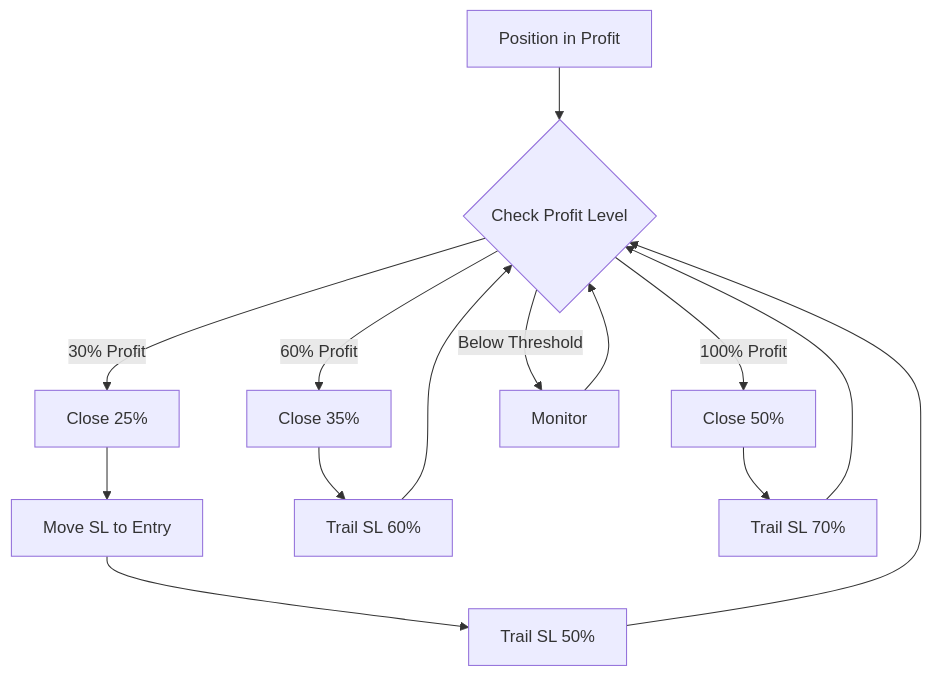
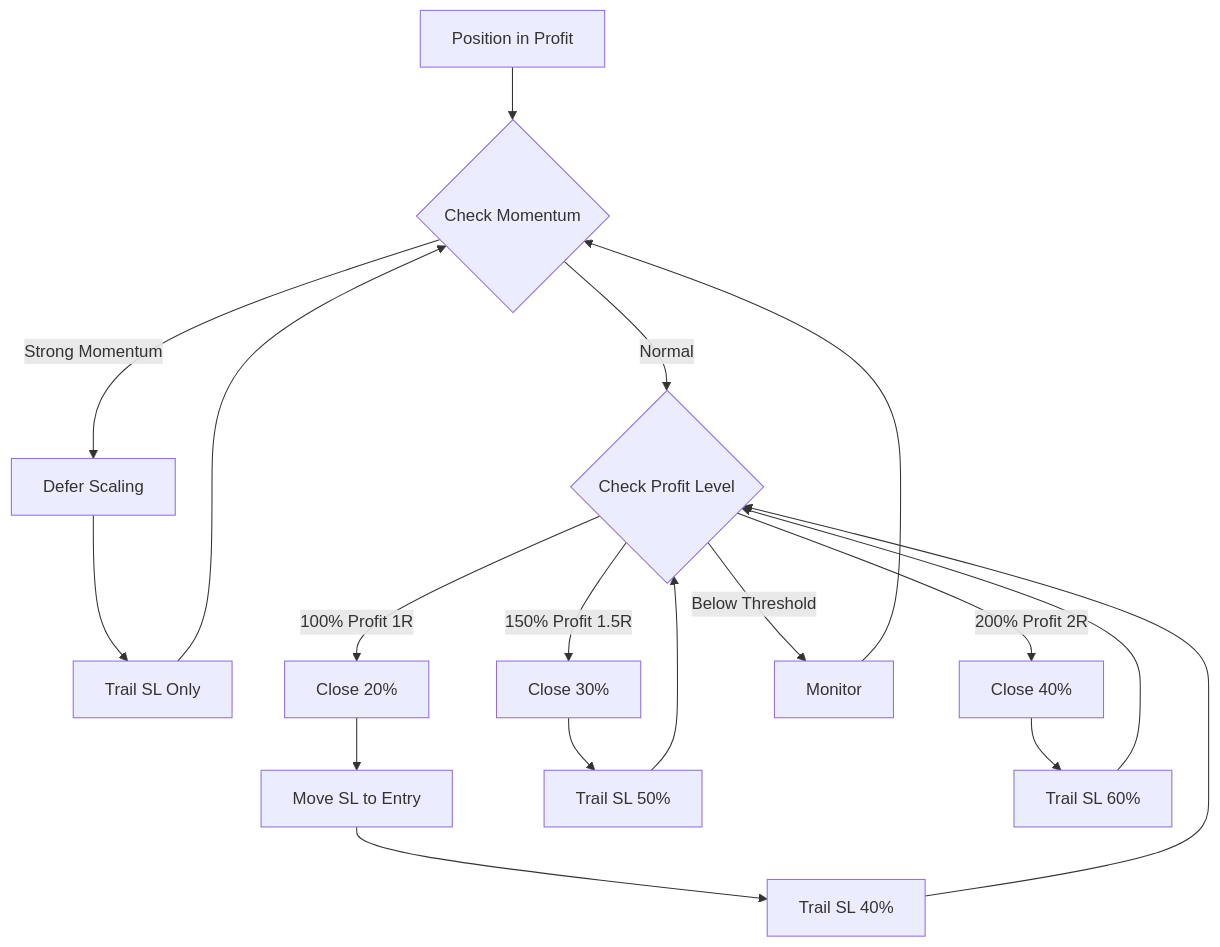
One commit to amuzetnoM/cthulu changed the second of 3 diagrams in docs/08_POSITION_MANAGEMENT.md. Above: the diagram before and after it, drawn with Mermaid. The commit also changed other lines of this file and 10 other files, not shown here.

````diff
--- a/docs/08_POSITION_MANAGEMENT.md
+++ b/docs/08_POSITION_MANAGEMENT.md
@@ -147,16 +148,20 @@
 ```mermaid
 flowchart TD
-    A[Position in Profit] --> B{Check Profit Level}
-    B -->|30% Profit| C[Close 25%]
-    C --> D[Move SL to Entry]
-    D --> E[Trail SL 50%]
-    E --> B
-    B -->|60% Profit| F[Close 35%]
-    F --> G[Trail SL 60%]
-    G --> B
-    B -->|100% Profit| H[Close 50%]
-    H --> I[Trail SL 70%]
-    I --> B
-    B -->|Below Threshold| J[Monitor]
-    J --> B
+    A[Position in Profit] --> B{Check Momentum}
+    B -->|Strong Momentum| M[Defer Scaling]
+    M --> N[Trail SL Only]
+    N --> B
+    B -->|Normal| C{Check Profit Level}
+    C -->|100% Profit 1R| D[Close 20%]
+    D --> E[Move SL to Entry]
+    E --> F[Trail SL 40%]
+    F --> C
+    C -->|150% Profit 1.5R| G[Close 30%]
+    G --> H[Trail SL 50%]
+    H --> C
+    C -->|200% Profit 2R| I[Close 40%]
+    I --> J[Trail SL 60%]
+    J --> C
+    C -->|Below Threshold| K[Monitor]
+    K --> B
 ```
````
